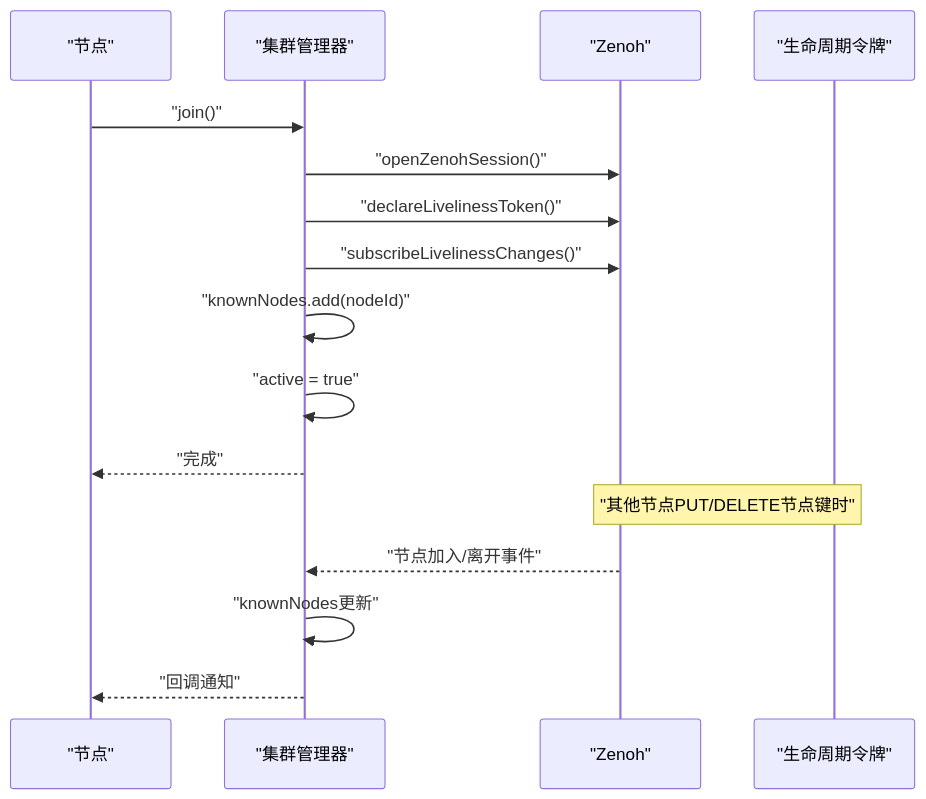
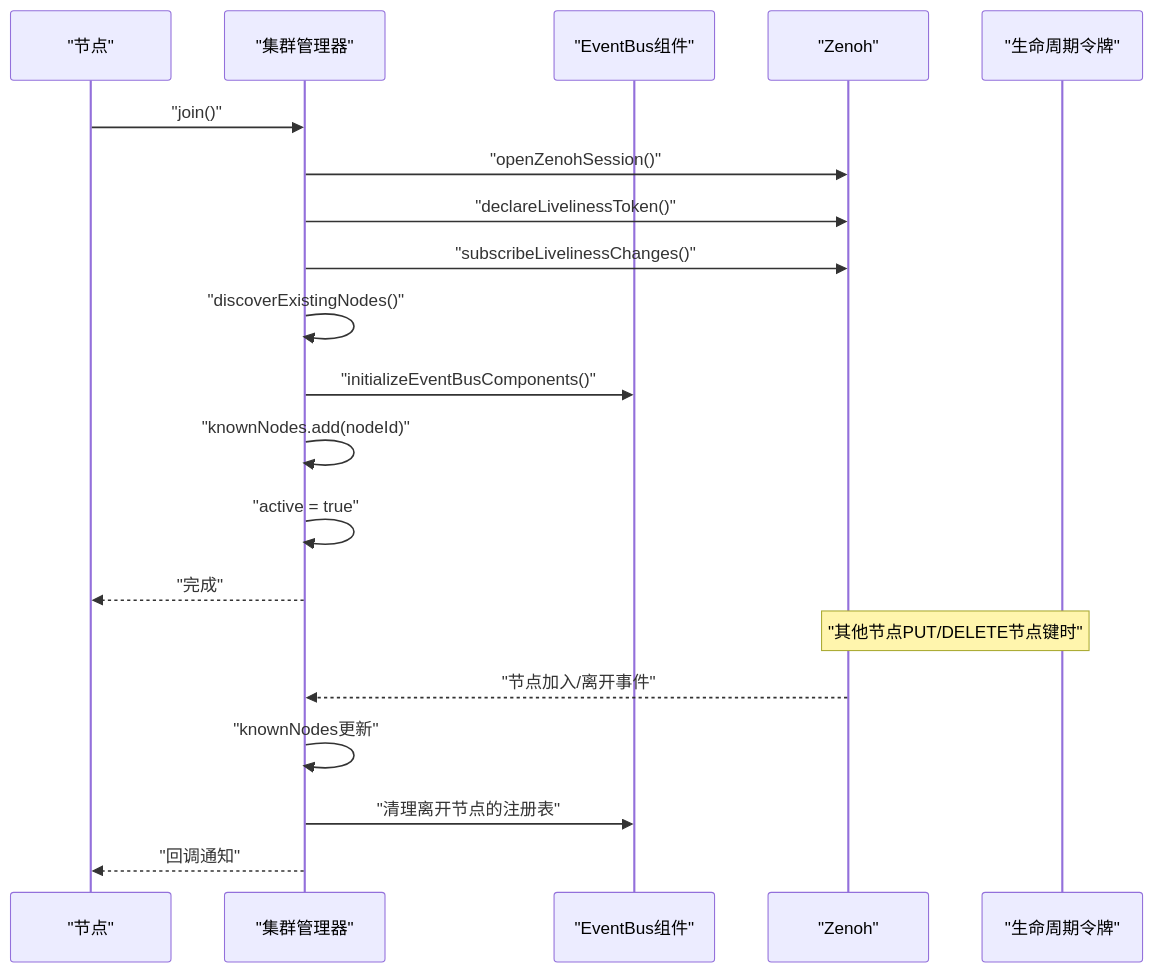
Before and after one commit to ossworker/vertx-starter: the third of 8 diagrams in .qoder/repowiki/zh/content/集群管理模块/集群管理器实现.md, drawn with Mermaid. The commit also changed other lines of this file and 7 other files, not shown here.

````diff
--- a/.qoder/repowiki/zh/content/集群管理模块/集群管理器实现.md
+++ b/.qoder/repowiki/zh/content/集群管理模块/集群管理器实现.md
@@ -168,18 +229,22 @@
 ```mermaid
 sequenceDiagram
 participant Node as "节点"
 participant CM as "集群管理器"
+participant EB as "EventBus组件"
 participant ZNH as "Zenoh"
 participant LVL as "生命周期令牌"
 Node->>CM : "join()"
 CM->>ZNH : "openZenohSession()"
 CM->>ZNH : "declareLivelinessToken()"
 CM->>ZNH : "subscribeLivelinessChanges()"
+CM->>CM : "discoverExistingNodes()"
+CM->>EB : "initializeEventBusComponents()"
 CM->>CM : "knownNodes.add(nodeId)"
 CM->>CM : "active = true"
 CM-->>Node : "完成"
 Note over ZNH,LVL : "其他节点PUT/DELETE节点键时"
 ZNH-->>CM : "节点加入/离开事件"
 CM->>CM : "knownNodes更新"
+CM->>EB : "清理离开节点的注册表"
 CM-->>Node : "回调通知"
 ```
````
